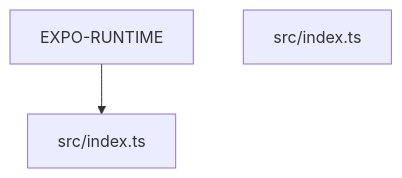
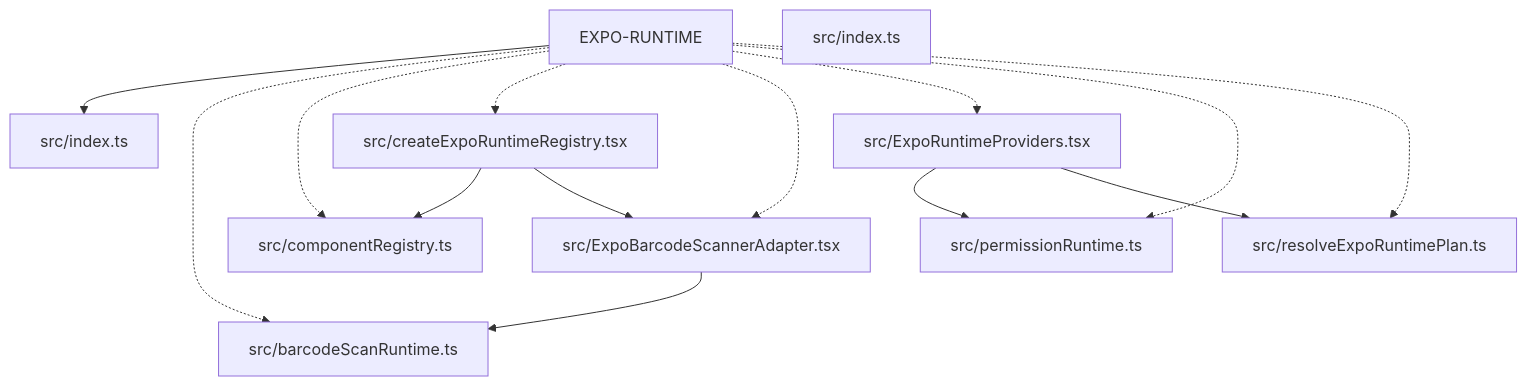
The diagram in paradox/diagrams/architecture-overview.mmd (ankhorage/expo-runtime), drawn with Mermaid before and after one commit. The commit also changed 11 other files, not shown here.

```diff
--- a/paradox/diagrams/architecture-overview.mmd
+++ b/paradox/diagrams/architecture-overview.mmd
@@ -1,5 +1,24 @@
 graph TD
   package__ankhorage_expo_runtime["EXPO-RUNTIME"]
   entrypoint_src_index_ts["src/index.ts"]
   package__ankhorage_expo_runtime --> entrypoint_src_index_ts
+  module_src_barcodeScanRuntime_ts["src/barcodeScanRuntime.ts"]
+  package__ankhorage_expo_runtime -.-> module_src_barcodeScanRuntime_ts
+  module_src_componentRegistry_ts["src/componentRegistry.ts"]
+  package__ankhorage_expo_runtime -.-> module_src_componentRegistry_ts
+  module_src_createExpoRuntimeRegistry_tsx["src/createExpoRuntimeRegistry.tsx"]
+  package__ankhorage_expo_runtime -.-> module_src_createExpoRuntimeRegistry_tsx
+  module_src_createExpoRuntimeRegistry_tsx --> module_src_componentRegistry_ts
+  module_src_createExpoRuntimeRegistry_tsx --> module_src_ExpoBarcodeScannerAdapter_tsx
+  module_src_ExpoBarcodeScannerAdapter_tsx["src/ExpoBarcodeScannerAdapter.tsx"]
+  package__ankhorage_expo_runtime -.-> module_src_ExpoBarcodeScannerAdapter_tsx
+  module_src_ExpoBarcodeScannerAdapter_tsx --> module_src_barcodeScanRuntime_ts
+  module_src_ExpoRuntimeProviders_tsx["src/ExpoRuntimeProviders.tsx"]
+  package__ankhorage_expo_runtime -.-> module_src_ExpoRuntimeProviders_tsx
+  module_src_ExpoRuntimeProviders_tsx --> module_src_permissionRuntime_ts
+  module_src_ExpoRuntimeProviders_tsx --> module_src_resolveExpoRuntimePlan_ts
   module_src_index_ts["src/index.ts"]
+  module_src_permissionRuntime_ts["src/permissionRuntime.ts"]
+  package__ankhorage_expo_runtime -.-> module_src_permissionRuntime_ts
+  module_src_resolveExpoRuntimePlan_ts["src/resolveExpoRuntimePlan.ts"]
+  package__ankhorage_expo_runtime -.-> module_src_resolveExpoRuntimePlan_ts
```
